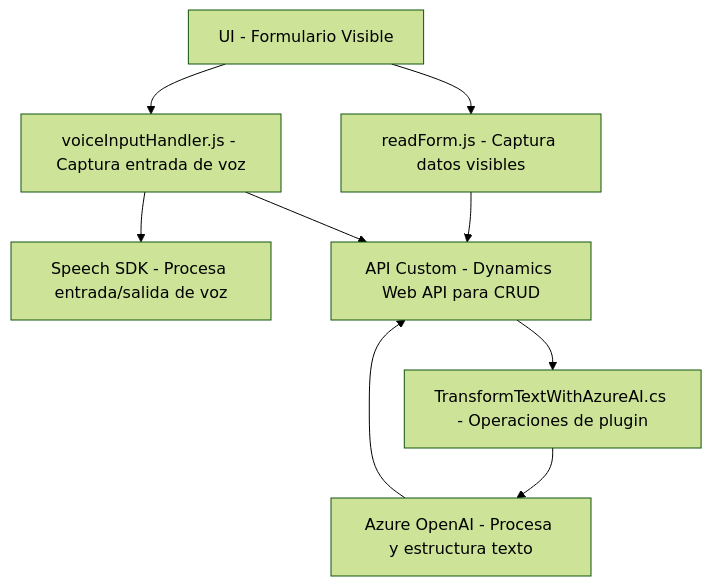
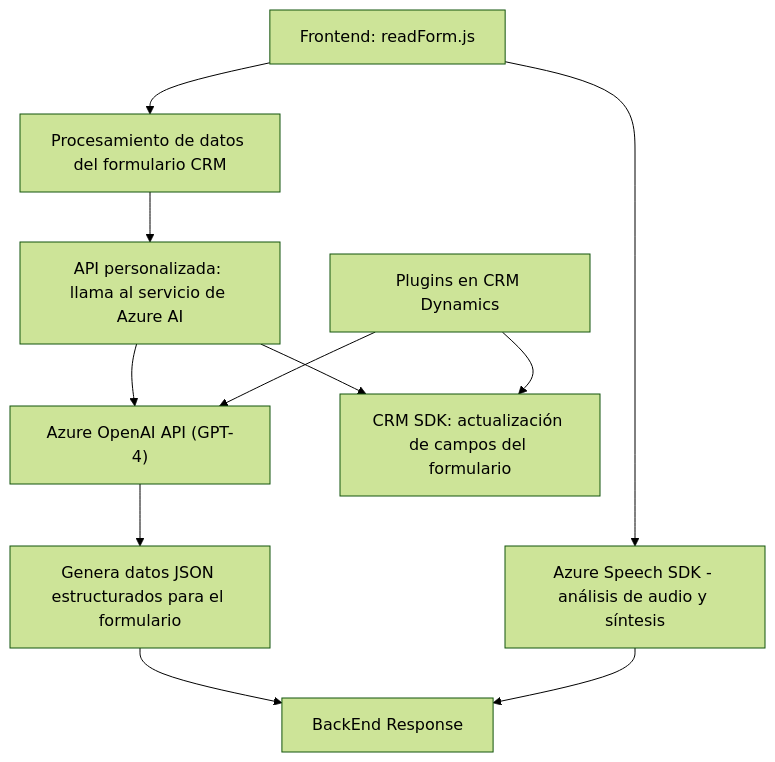
Before and after one commit to blopezdm/NETCORE_BILBAO2025: the diagram in README.md, drawn with Mermaid (forest theme). The commit also changed other lines of this file, not shown here.

Commit message:
Actualizar análisis global de la solución con IA

````diff
--- a/README.md
+++ b/README.md
@@ -45,19 +41,13 @@
 ```mermaid
 graph TD
-    A["UI - Formulario Visible"]
-    B["readForm.js - Captura datos visibles"]
-    C["voiceInputHandler.js - Captura entrada de voz"]
-    D["Speech SDK - Procesa entrada/salida de voz"]
-    E["API Custom - Dynamics Web API para CRUD"]
-    F["TransformTextWithAzureAI.cs - Operaciones de plugin"]
-    G["Azure OpenAI - Procesa y estructura texto"]
-
-    A --> B
-    B --> E
-    A --> C
-    C --> D
-    C --> E
-    E --> F
-    F --> G
-    G --> E
+    A["Frontend: readForm.js"] --> B["Azure Speech SDK - análisis de audio y síntesis"]
+    A --> C["Procesamiento de datos del formulario CRM"]
+    C --> F["API personalizada: llama al servicio de Azure AI"]
+    F --> G["Azure OpenAI API (GPT-4)"]
+    F --> I["CRM SDK: actualización de campos del formulario"]
+    K["Plugins en CRM Dynamics"] --> G
+    K --> I
+    G --> J["Genera datos JSON estructurados para el formulario"]
+    J --> H["BackEnd Response"]
+    B --> H
 ```
````
